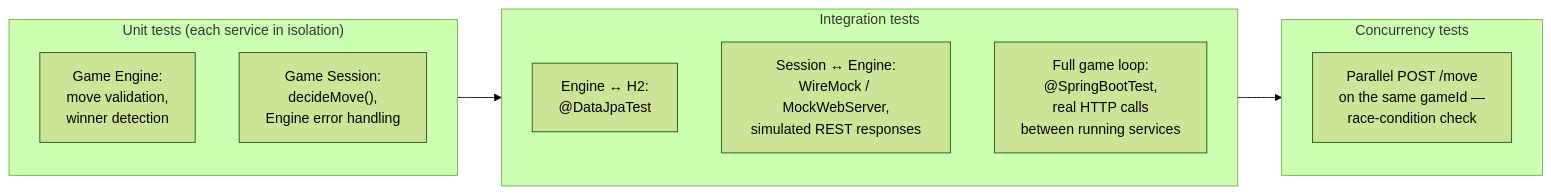
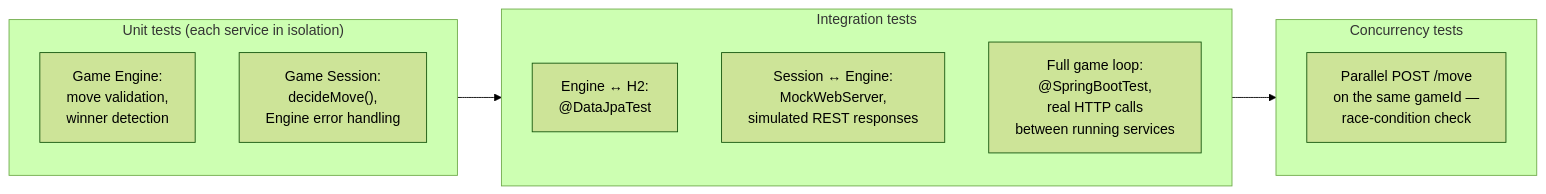
Before and after one commit to andrey56097/tik-tak-toe: the third of 3 diagrams in docs/tic-tac-toe-plan.md, drawn with Mermaid (forest theme). The commit also changed other lines of this file and 1 other file, not shown here.

````diff
--- a/docs/tic-tac-toe-plan.md
+++ b/docs/tic-tac-toe-plan.md
@@ -286,19 +286,19 @@
 ```mermaid
 graph LR
     subgraph Unit["Unit tests (each service in isolation)"]
         U1["Game Engine:<br/>move validation,<br/>winner detection"]
         U2["Game Session:<br/>decideMove(),<br/>Engine error handling"]
     end
 
     subgraph Integration["Integration tests"]
         I1["Engine ↔ H2:<br/>@DataJpaTest"]
-        I2["Session ↔ Engine:<br/>WireMock / MockWebServer,<br/>simulated REST responses"]
+        I2["Session ↔ Engine:<br/>MockWebServer,<br/>simulated REST responses"]
         I3["Full game loop:<br/>@SpringBootTest,<br/>real HTTP calls<br/>between running services"]
     end
 
     subgraph Concurrency["Concurrency tests"]
         C1["Parallel POST /move<br/>on the same gameId —<br/>race-condition check"]
     end
 
     Unit --> Integration --> Concurrency
 ```
````
